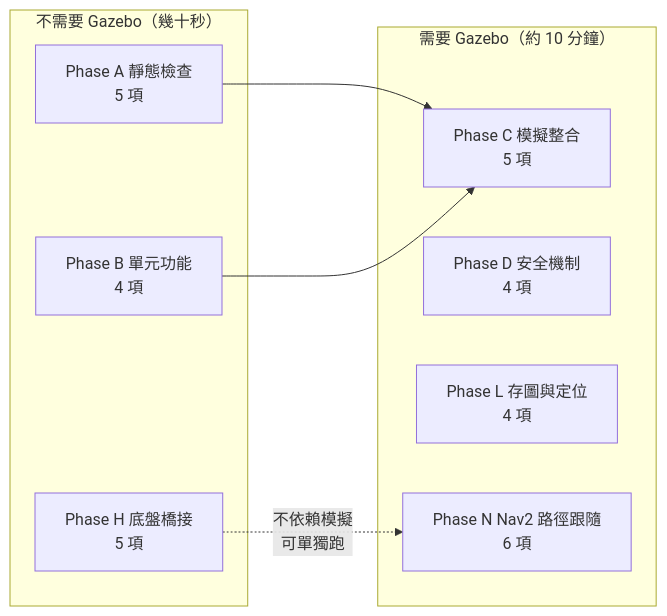
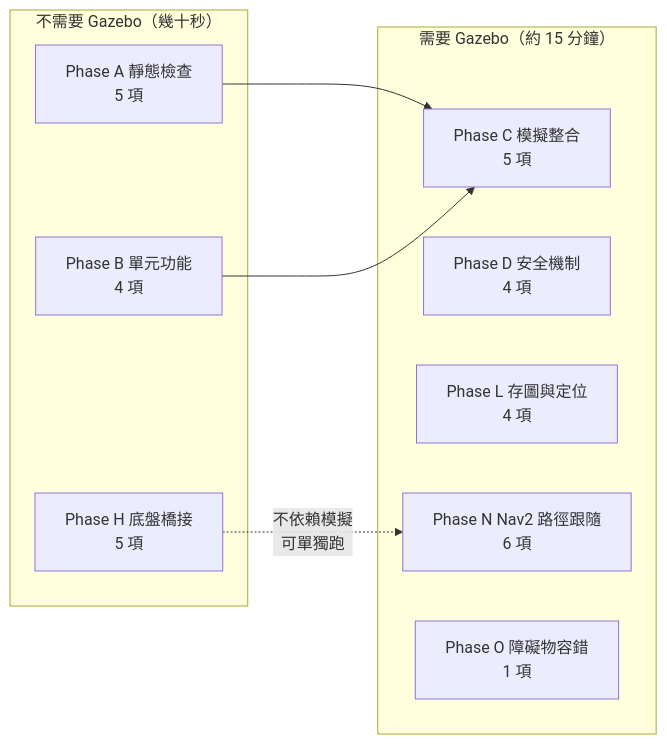
One commit to a04151997/mowerbot changed the sixth of 7 diagrams in docs/architecture.md. Above: the diagram before and after it, drawn with Mermaid. The commit also changed other lines of this file and 3 other files, not shown here.

````diff
--- a/docs/architecture.md
+++ b/docs/architecture.md
@@ -185,17 +185,18 @@
 ```mermaid
 graph LR
     subgraph 不需要模擬器["不需要 Gazebo（幾十秒）"]
         A["Phase A 靜態檢查<br/>5 項"]
         B["Phase B 單元功能<br/>4 項"]
         H["Phase H 底盤橋接<br/>5 項"]
     end
-    subgraph 需要模擬器["需要 Gazebo（約 10 分鐘）"]
+    subgraph 需要模擬器["需要 Gazebo（約 15 分鐘）"]
         C["Phase C 模擬整合<br/>5 項"]
         D["Phase D 安全機制<br/>4 項"]
         L["Phase L 存圖與定位<br/>4 項"]
         N["Phase N Nav2 路徑跟隨<br/>6 項"]
+        O["Phase O 障礙物容錯<br/>1 項"]
     end
     A --> C
     B --> C
     H -.->|"不依賴模擬<br/>可單獨跑"| N
 ```
````
